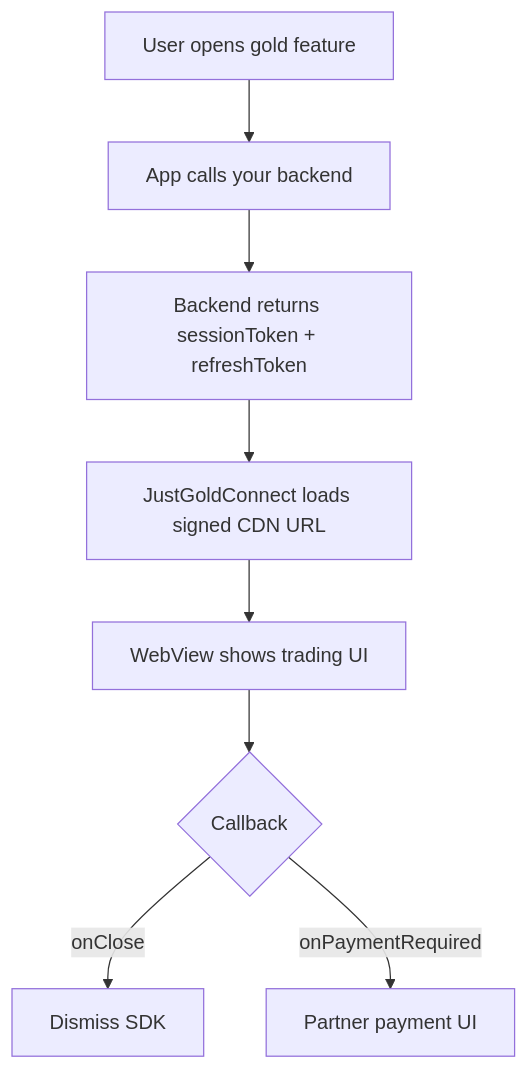
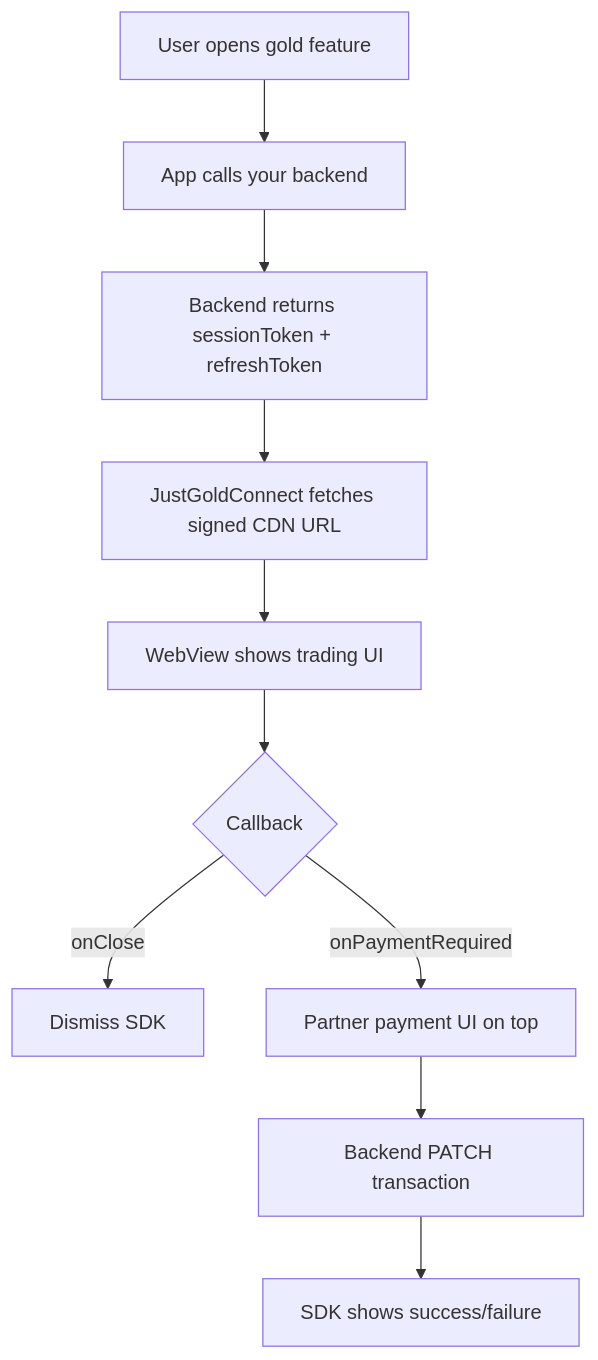
One commit to Just-Gold-JG/docs changed the diagram in sdk/react-native.md. Above: the diagram before and after it, drawn with Mermaid. The commit also changed other lines of this file and 7 other files, not shown here.

````diff
--- a/sdk/react-native.md
+++ b/sdk/react-native.md
@@ -11,12 +25,12 @@
 ```mermaid
 flowchart TD
     A[User opens gold feature] --> B[App calls your backend]
     B --> C[Backend returns sessionToken + refreshToken]
-    C --> D[JustGoldConnect loads signed CDN URL]
+    C --> D[JustGoldConnect fetches signed CDN URL]
     D --> E[WebView shows trading UI]
     E --> F{Callback}
     F -->|onClose| G[Dismiss SDK]
-    F -->|onPaymentRequired| H[Partner payment UI]
-
-
+    F -->|onPaymentRequired| H[Partner payment UI on top]
+    H --> I[Backend PATCH transaction]
+    I --> J[SDK shows success/failure]
 ```
````
